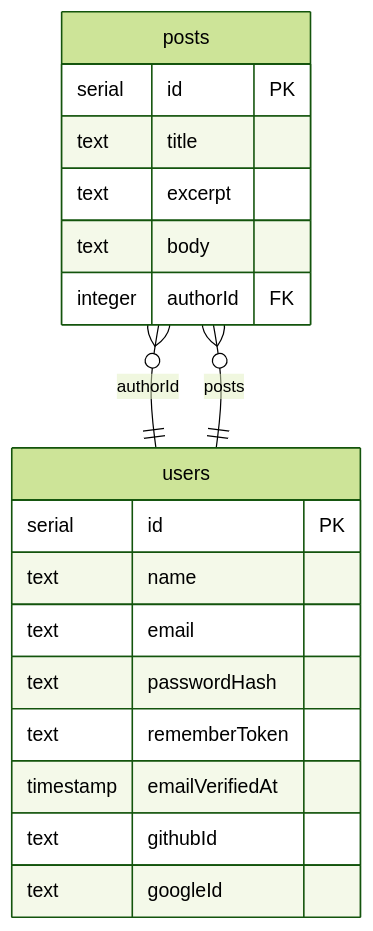
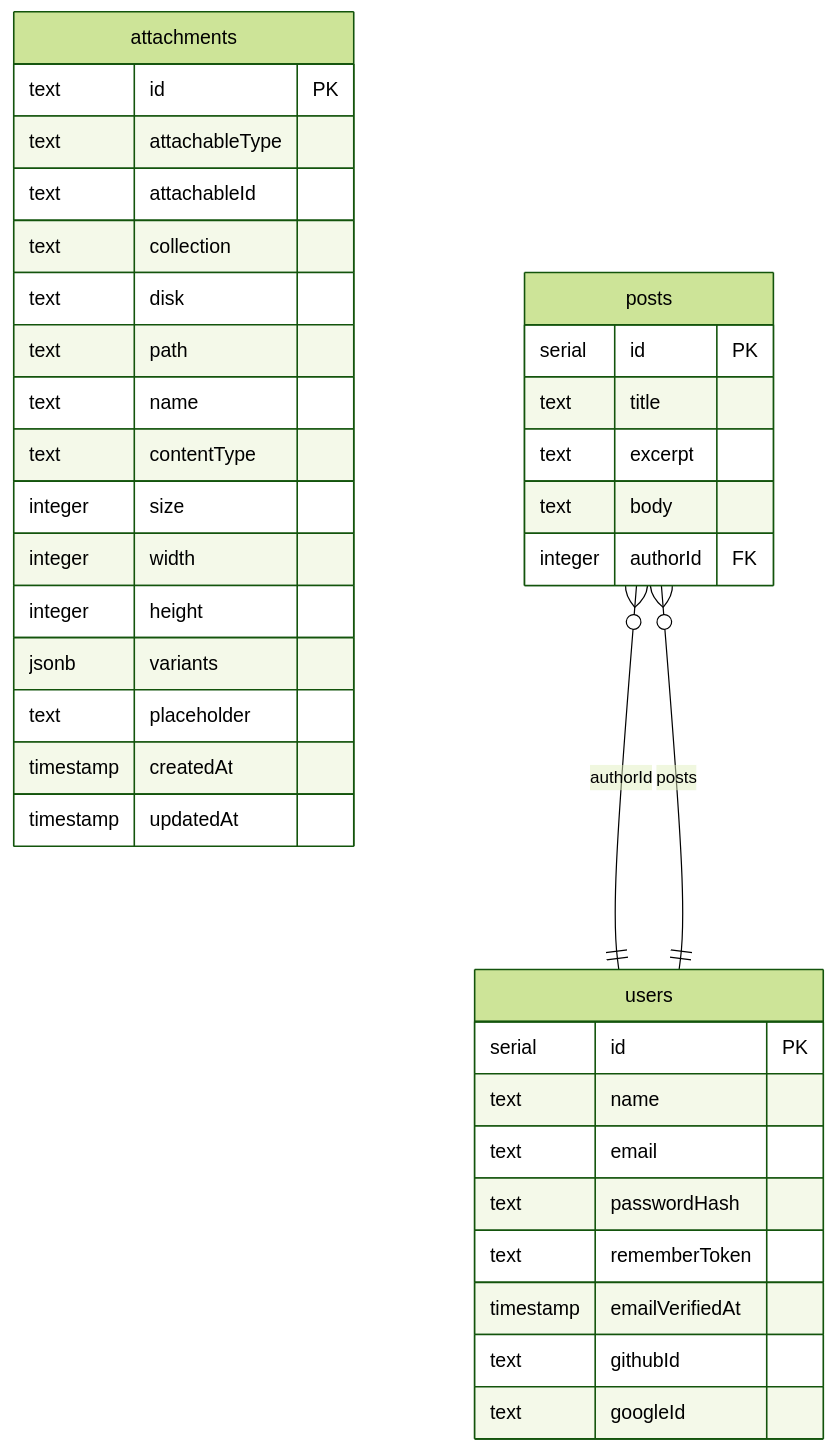
The diagram in examples/blog/docs/spec/er.md (gurenjs/guren), drawn with Mermaid (forest theme) before and after one commit. The commit also changed other lines of this file and 26 other files, not shown here.

````diff
--- a/examples/blog/docs/spec/er.md
+++ b/examples/blog/docs/spec/er.md
@@ -16,22 +16,39 @@
 ```mermaid
 erDiagram
+  attachments {
+    text id PK
+    text attachableType
+    text attachableId
+    text collection
+    text disk
+    text path
+    text name
+    text contentType
+    integer size
+    integer width
+    integer height
+    jsonb variants
+    text placeholder
+    timestamp createdAt
+    timestamp updatedAt
+  }
   posts {
     serial id PK
     text title
     text excerpt
     text body
     integer authorId FK
   }
   users {
     serial id PK
     text name
     text email
     text passwordHash
     text rememberToken
     timestamp emailVerifiedAt
     text githubId
     text googleId
   }
   posts }o--|| users : authorId
   users ||--o{ posts : posts
 ```
````
